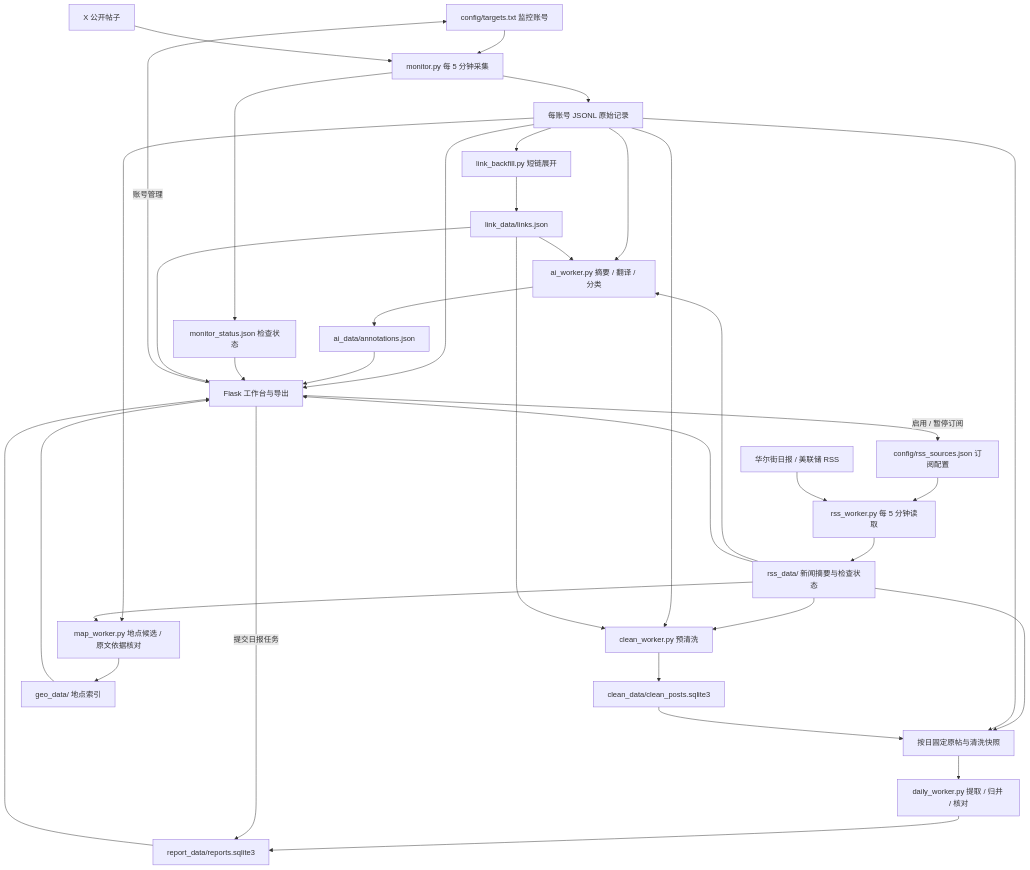
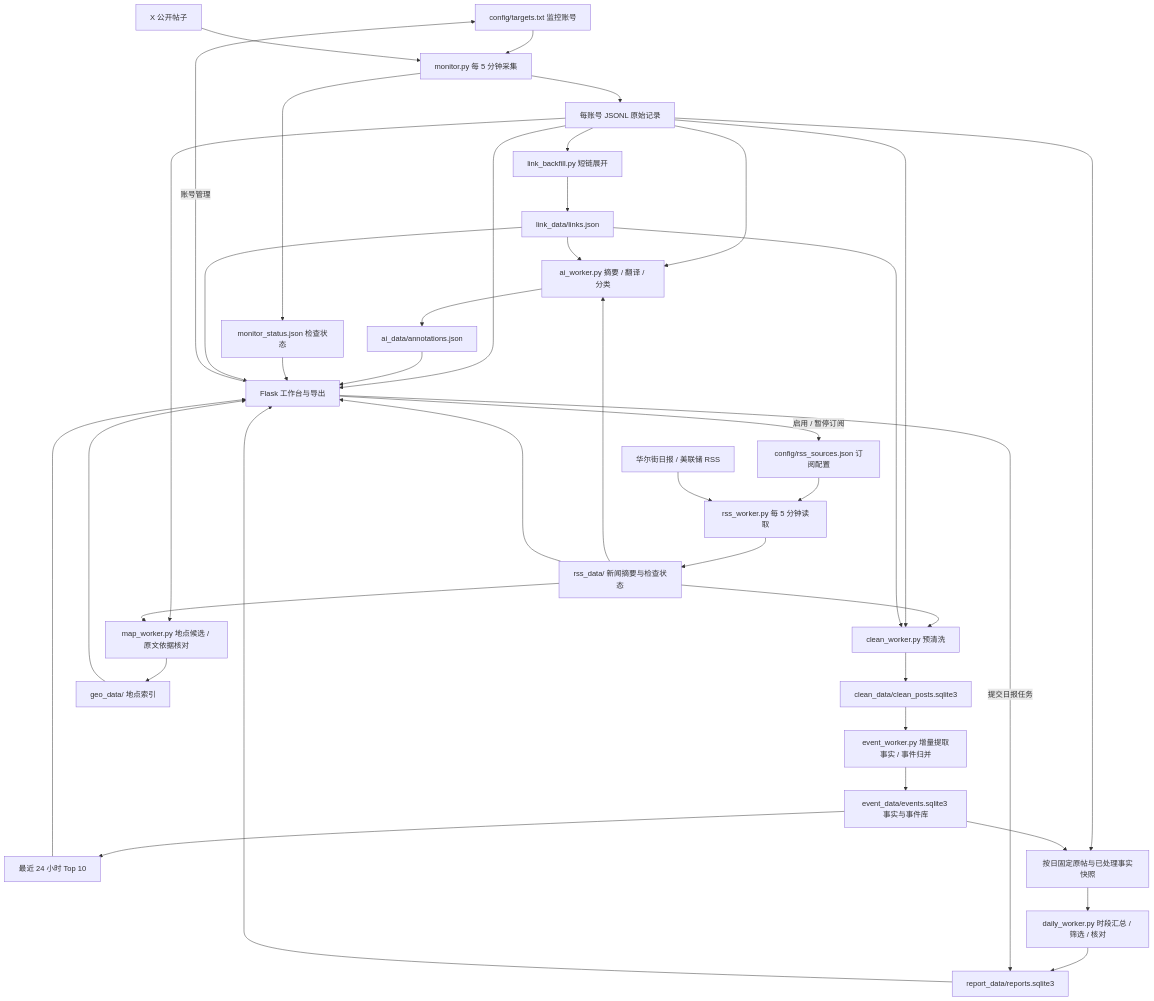
The diagram in docs/architecture.md (mmQuo/x-monitor), drawn with Mermaid before and after one commit. The commit also changed other lines of this file and 24 other files, not shown here.

Commit message:
Add continuous event processing and live top ten

````diff
--- a/docs/architecture.md
+++ b/docs/architecture.md
@@ -5,38 +5,41 @@
 ```mermaid
 flowchart TD
     targets[config/targets.txt 监控账号] --> monitor[monitor.py 每 5 分钟采集]
     x[X 公开帖子] --> monitor
     monitor --> raw[每账号 JSONL 原始记录]
     monitor --> status[monitor_status.json 检查状态]
     rssconfig[config/rss_sources.json 订阅配置] --> rss[rss_worker.py 每 5 分钟读取]
     feeds[华尔街日报 / 美联储 RSS] --> rss
     rss --> rssraw[rss_data/ 新闻摘要与检查状态]
     rssraw --> ai
     rssraw --> clean
-    rssraw --> snapshot
     rssraw --> web
     raw --> links[link_backfill.py 短链展开]
     links --> linkcache[link_data/links.json]
     raw --> ai[ai_worker.py 摘要 / 翻译 / 分类]
     linkcache --> ai
     ai --> annotations[ai_data/annotations.json]
     raw --> clean[clean_worker.py 预清洗]
     linkcache --> clean
     clean --> cache[clean_data/clean_posts.sqlite3]
-    raw --> snapshot[按日固定原帖与清洗快照]
-    cache --> snapshot
-    snapshot --> daily[daily_worker.py 提取 / 归并 / 核对]
+    cache --> eventworker[event_worker.py 增量提取事实 / 事件归并]
+    eventworker --> eventdb[event_data/events.sqlite3 事实与事件库]
+    eventdb --> top[最近 24 小时 Top 10]
+    top --> web
+    raw --> snapshot[按日固定原帖与已处理事实快照]
+    eventdb --> snapshot
+    snapshot --> daily[daily_worker.py 时段汇总 / 筛选 / 核对]
     daily --> reports[report_data/reports.sqlite3]
     raw --> web[Flask 工作台与导出]
     raw --> geo[map_worker.py 地点候选 / 原文依据核对]
     rssraw --> geo
     geo --> locations[geo_data/ 地点索引]
     locations --> web
     annotations --> web
     status --> web
     linkcache --> web
     reports --> web
     web -->|账号管理| targets
     web -->|启用 / 暂停订阅| rssconfig
     web -->|提交日报任务| reports
 ```
````
